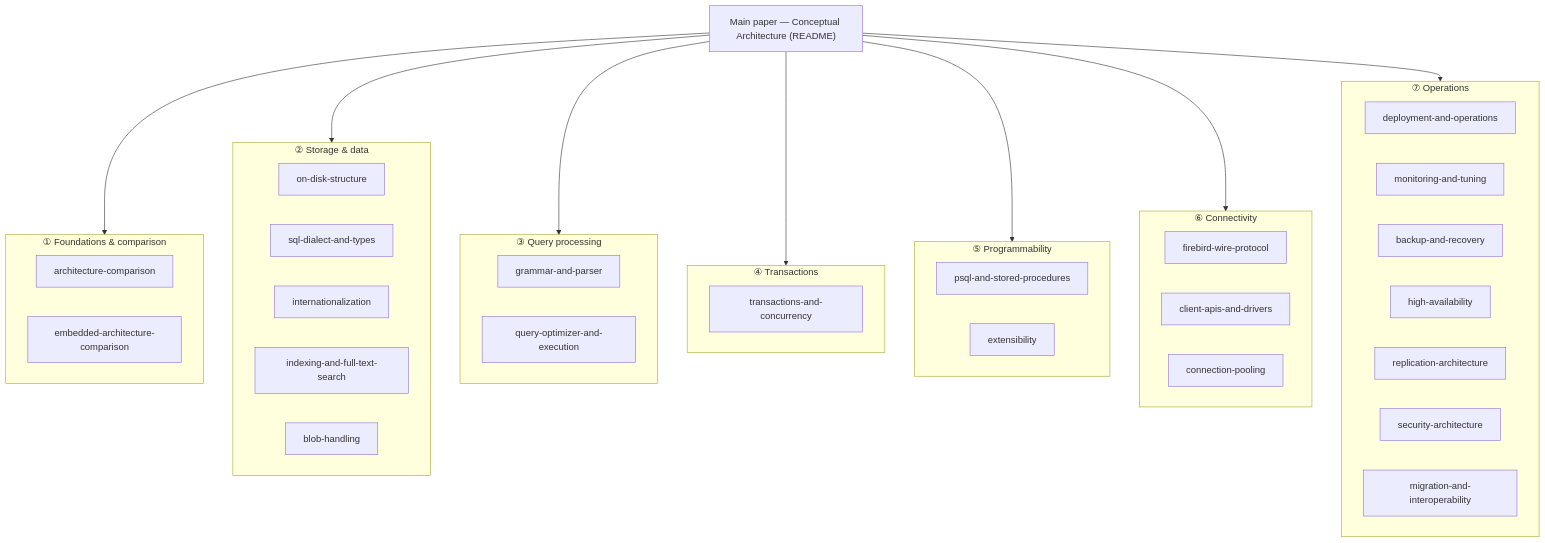
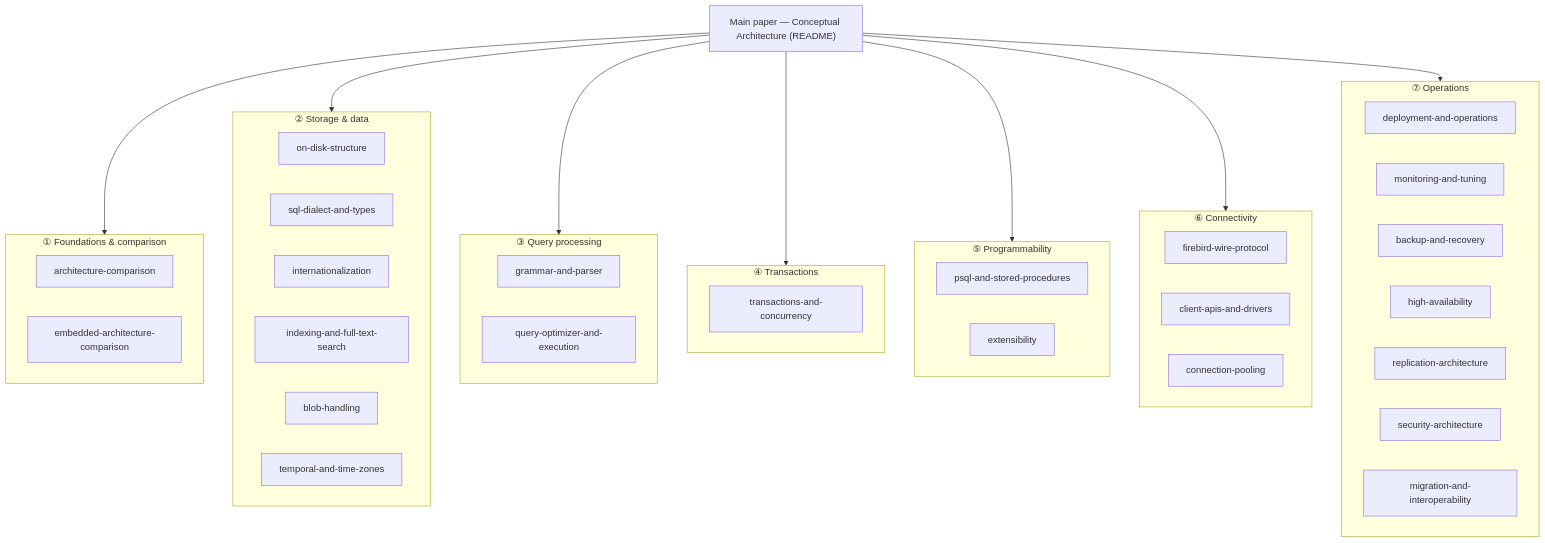
The diagram in READING-GUIDE.md (mariuz/conceptual-architecture-for-firebird-paper), drawn with Mermaid before and after one commit. The commit also changed other lines of this file and 2 other files, not shown here.

First line of the commit message:
Add temporal features and time-zone handling document

````diff
--- a/READING-GUIDE.md
+++ b/READING-GUIDE.md
@@ -9,43 +9,44 @@
 ```mermaid
 flowchart TB
     PAPER["Main paper — Conceptual Architecture (README)"]
 
     PAPER --> T1 & T2 & T3 & T4 & T5 & T6 & T7
 
     subgraph T1["① Foundations & comparison"]
         A1["architecture-comparison"]
         A2["embedded-architecture-comparison"]
     end
     subgraph T2["② Storage & data"]
         B1["on-disk-structure"]
         B2["sql-dialect-and-types"]
         B3["internationalization"]
         B4["indexing-and-full-text-search"]
         B5["blob-handling"]
+        B6["temporal-and-time-zones"]
     end
     subgraph T3["③ Query processing"]
         C1["grammar-and-parser"]
         C2["query-optimizer-and-execution"]
     end
     subgraph T4["④ Transactions"]
         D1["transactions-and-concurrency"]
     end
     subgraph T5["⑤ Programmability"]
         E1["psql-and-stored-procedures"]
         E2["extensibility"]
     end
     subgraph T6["⑥ Connectivity"]
         F1["firebird-wire-protocol"]
         F2["client-apis-and-drivers"]
         F3["connection-pooling"]
     end
     subgraph T7["⑦ Operations"]
         G1["deployment-and-operations"]
         G2["monitoring-and-tuning"]
         G3["backup-and-recovery"]
         G4["high-availability"]
         G5["replication-architecture"]
         G6["security-architecture"]
         G7["migration-and-interoperability"]
     end
 ```
````
